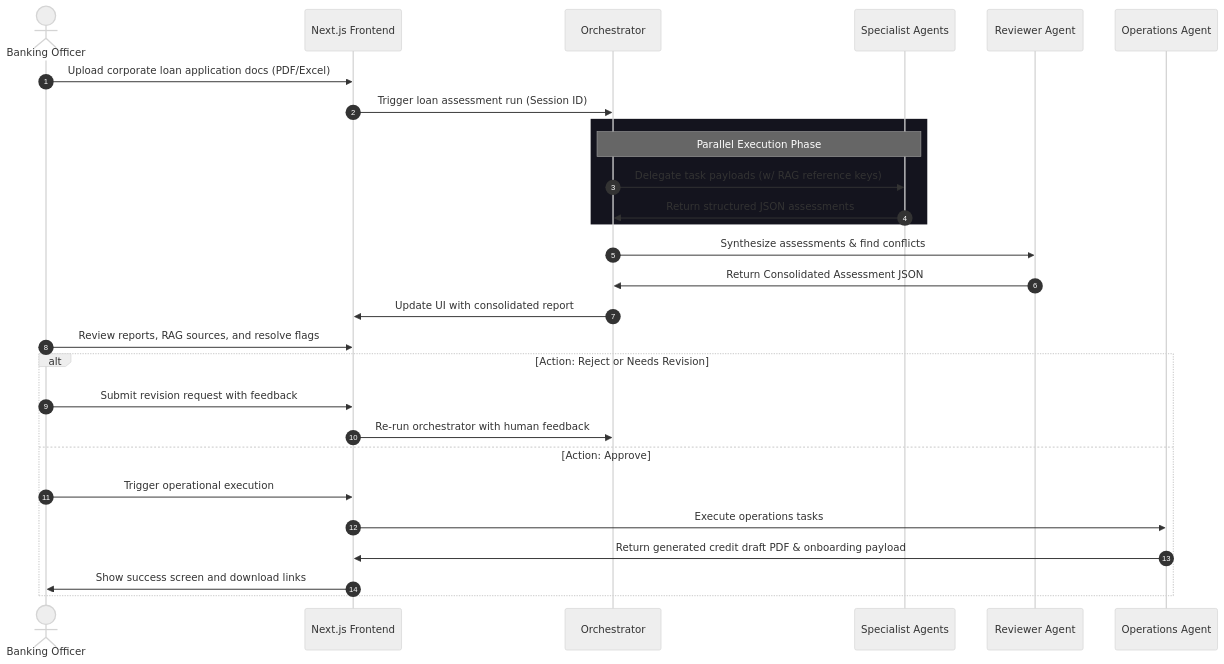
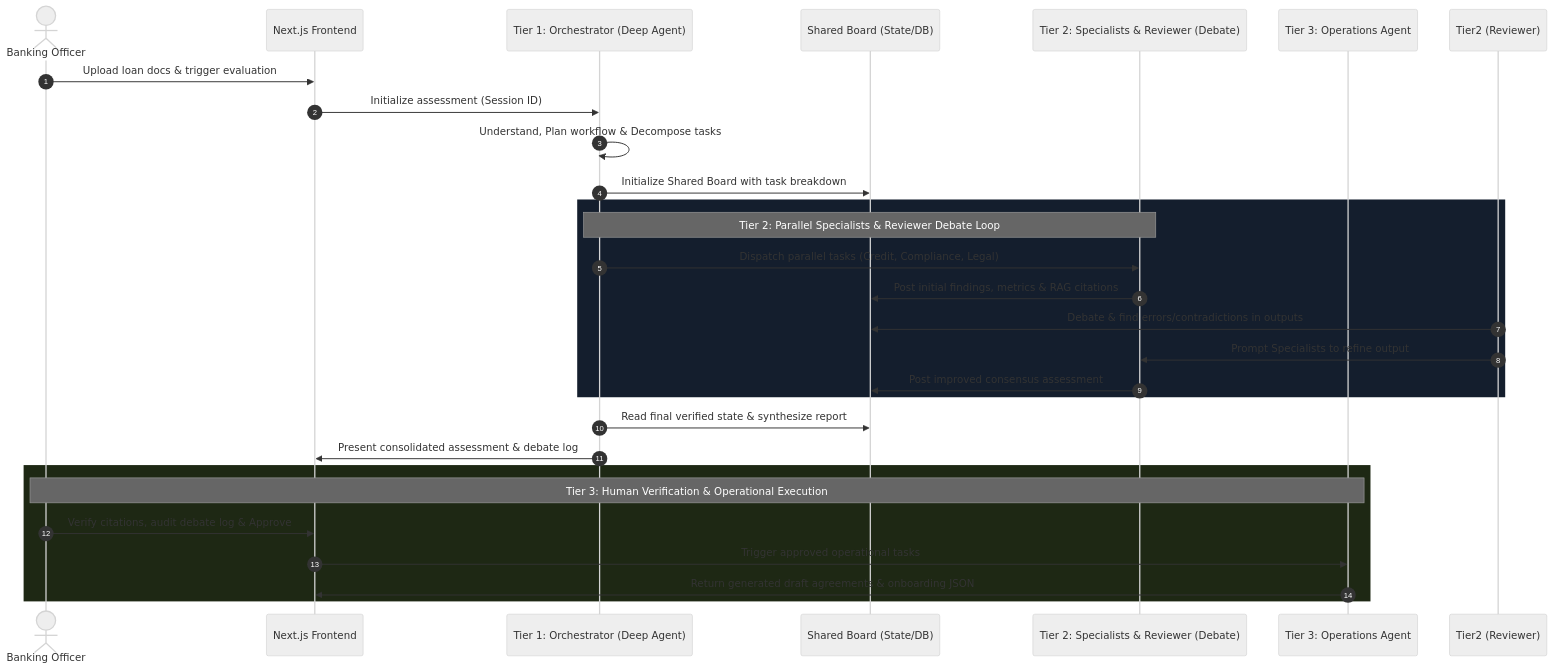
Before and after one commit to AnNT-k7/HUB_claude_code: the diagram in docs/PRD.md, drawn with Mermaid (neutral theme). The commit also changed other lines of this file and 4 other files, not shown here.

````diff
--- a/docs/PRD.md
+++ b/docs/PRD.md
@@ -72,31 +68,34 @@
 ```mermaid
 sequenceDiagram
     autonumber
     actor Officer as Banking Officer
     participant FE as Next.js Frontend
-    participant Orch as Orchestrator
-    participant Agents as Specialist Agents
-    participant Rev as Reviewer Agent
-    participant Ops as Operations Agent
+    participant Tier1 as Tier 1: Orchestrator (Deep Agent)
+    participant Board as Shared Board (State/DB)
+    participant Tier2 as Tier 2: Specialists & Reviewer (Debate)
+    participant Tier3 as Tier 3: Operations Agent
 
-    Officer->>FE: Upload corporate loan application docs (PDF/Excel)
-    FE->>Orch: Trigger loan assessment run (Session ID)
-    rect rgb(20, 20, 30)
-        Note over Orch, Agents: Parallel Execution Phase
-        Orch->>Agents: Delegate task payloads (w/ RAG reference keys)
-        Agents->>Orch: Return structured JSON assessments
+    Officer->>FE: Upload loan docs & trigger evaluation
+    FE->>Tier1: Initialize assessment (Session ID)
+    Tier1->>Tier1: Understand, Plan workflow & Decompose tasks
+    Tier1->>Board: Initialize Shared Board with task breakdown
+    
+    rect rgb(20, 30, 45)
+        Note over Tier1, Tier2: Tier 2: Parallel Specialists & Reviewer Debate Loop
+        Tier1->>Tier2: Dispatch parallel tasks (Credit, Compliance, Legal)
+        Tier2->>Board: Post initial findings, metrics & RAG citations
+        Tier2 (Reviewer)->>Board: Debate & find errors/contradictions in outputs
+        Tier2 (Reviewer)->>Tier2: Prompt Specialists to refine output
+        Tier2->>Board: Post improved consensus assessment
     end
-    Orch->>Rev: Synthesize assessments & find conflicts
-    Rev->>Orch: Return Consolidated Assessment JSON
-    Orch->>FE: Update UI with consolidated report
-    Officer->>FE: Review reports, RAG sources, and resolve flags
-    alt Action: Reject or Needs Revision
-        Officer->>FE: Submit revision request with feedback
-        FE->>Orch: Re-run orchestrator with human feedback
-    else Action: Approve
-        Officer->>FE: Trigger operational execution
-        FE->>Ops: Execute operations tasks
-        Ops->>FE: Return generated credit draft PDF & onboarding payload
-        FE->>Officer: Show success screen and download links
+    
+    Tier1->>Board: Read final verified state & synthesize report
+    Tier1->>FE: Present consolidated assessment & debate log
+    
+    rect rgb(30, 40, 20)
+        Note over Officer, Tier3: Tier 3: Human Verification & Operational Execution
+        Officer->>FE: Verify citations, audit debate log & Approve
+        FE->>Tier3: Trigger approved operational tasks
+        Tier3->>FE: Return generated draft agreements & onboarding JSON
     end
 ```
````
